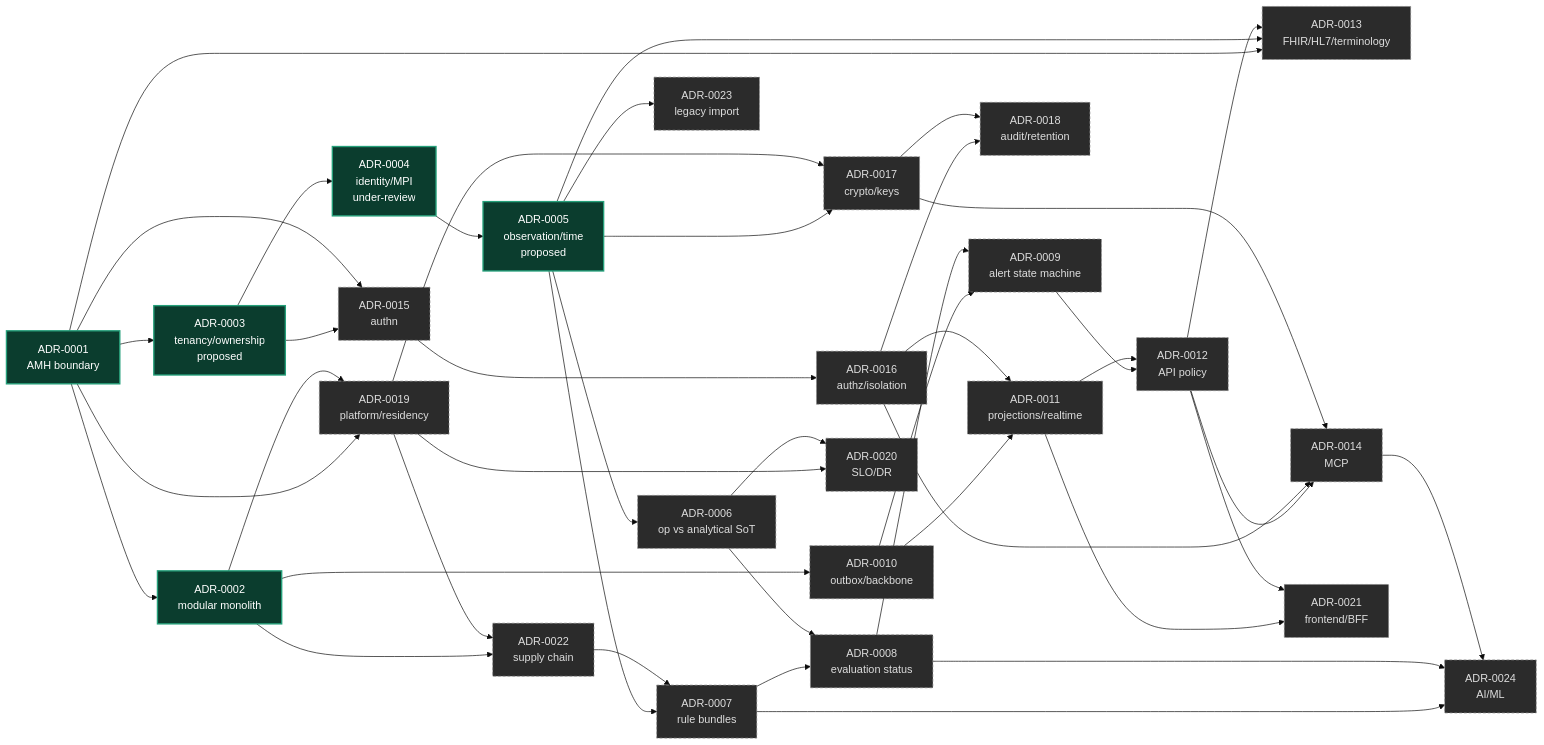
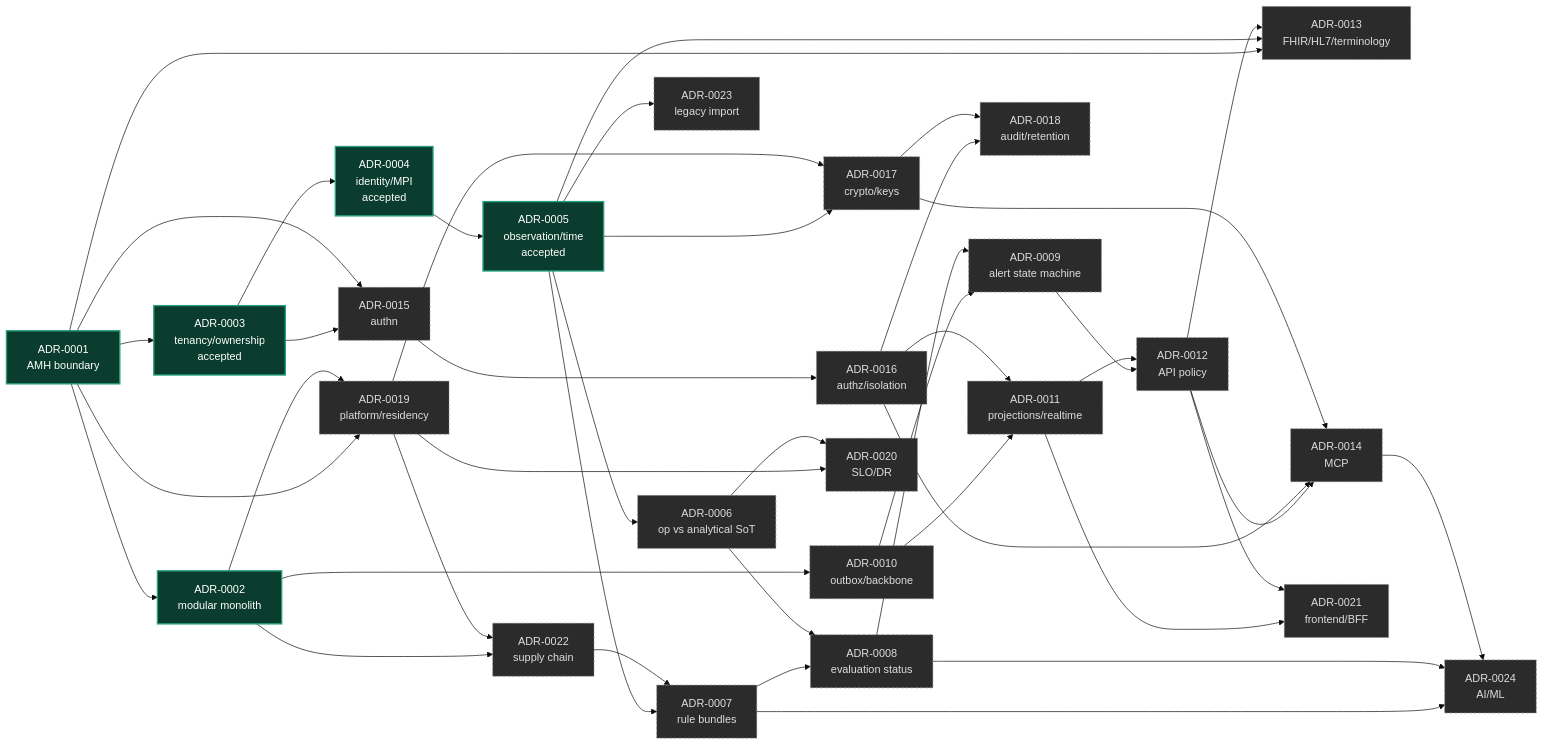
Before and after one commit to Omni-Saude/intensicare-V2: the second of 2 diagrams in docs/06-architecture/adrs/adr-index.md, drawn with Mermaid (base theme). The commit also changed other lines of this file and 22 other files, not shown here.

````diff
--- a/docs/06-architecture/adrs/adr-index.md
+++ b/docs/06-architecture/adrs/adr-index.md
@@ -250,59 +255,59 @@
 ```mermaid
 flowchart LR
     classDef drafted fill:#0b3d2e,stroke:#25a07a,stroke-width:2px,color:#ffffff
     classDef notstarted fill:#2b2b2b,stroke:#888888,stroke-dasharray:4 3,color:#dddddd
 
     A1["ADR-0001<br/>AMH boundary"]:::drafted
     A2["ADR-0002<br/>modular monolith"]:::drafted
-    A3["ADR-0003<br/>tenancy/ownership<br/>proposed"]:::drafted
-    A4["ADR-0004<br/>identity/MPI<br/>under-review"]:::drafted
-    A5["ADR-0005<br/>observation/time<br/>proposed"]:::drafted
+    A3["ADR-0003<br/>tenancy/ownership<br/>accepted"]:::drafted
+    A4["ADR-0004<br/>identity/MPI<br/>accepted"]:::drafted
+    A5["ADR-0005<br/>observation/time<br/>accepted"]:::drafted
     A6["ADR-0006<br/>op vs analytical SoT"]:::notstarted
     A7["ADR-0007<br/>rule bundles"]:::notstarted
     A8["ADR-0008<br/>evaluation status"]:::notstarted
     A9["ADR-0009<br/>alert state machine"]:::notstarted
     A10["ADR-0010<br/>outbox/backbone"]:::notstarted
     A11["ADR-0011<br/>projections/realtime"]:::notstarted
     A12["ADR-0012<br/>API policy"]:::notstarted
     A13["ADR-0013<br/>FHIR/HL7/terminology"]:::notstarted
     A14["ADR-0014<br/>MCP"]:::notstarted
     A15["ADR-0015<br/>authn"]:::notstarted
     A16["ADR-0016<br/>authz/isolation"]:::notstarted
     A17["ADR-0017<br/>crypto/keys"]:::notstarted
     A18["ADR-0018<br/>audit/retention"]:::notstarted
     A19["ADR-0019<br/>platform/residency"]:::notstarted
     A20["ADR-0020<br/>SLO/DR"]:::notstarted
     A21["ADR-0021<br/>frontend/BFF"]:::notstarted
     A22["ADR-0022<br/>supply chain"]:::notstarted
     A23["ADR-0023<br/>legacy import"]:::notstarted
     A24["ADR-0024<br/>AI/ML"]:::notstarted
 
     A1 --> A2 --> A10 --> A9
     A1 --> A3 --> A4 --> A5 --> A6
     A5 --> A7 --> A8
     A6 --> A8 --> A9 --> A12
     A10 --> A11 --> A12
     A3 --> A15 --> A16 --> A11
     A1 --> A15
     A1 --> A13
     A5 --> A13
     A12 --> A13
     A12 --> A14
     A16 --> A14
     A17 --> A14
     A5 --> A17
     A19 --> A17
     A16 --> A18
     A17 --> A18
     A1 --> A19
     A2 --> A19 --> A20
     A6 --> A20
     A11 --> A21
     A12 --> A21
     A2 --> A22 --> A7
     A19 --> A22
     A5 --> A23
     A7 --> A24
     A8 --> A24
     A14 --> A24
 ```
````
